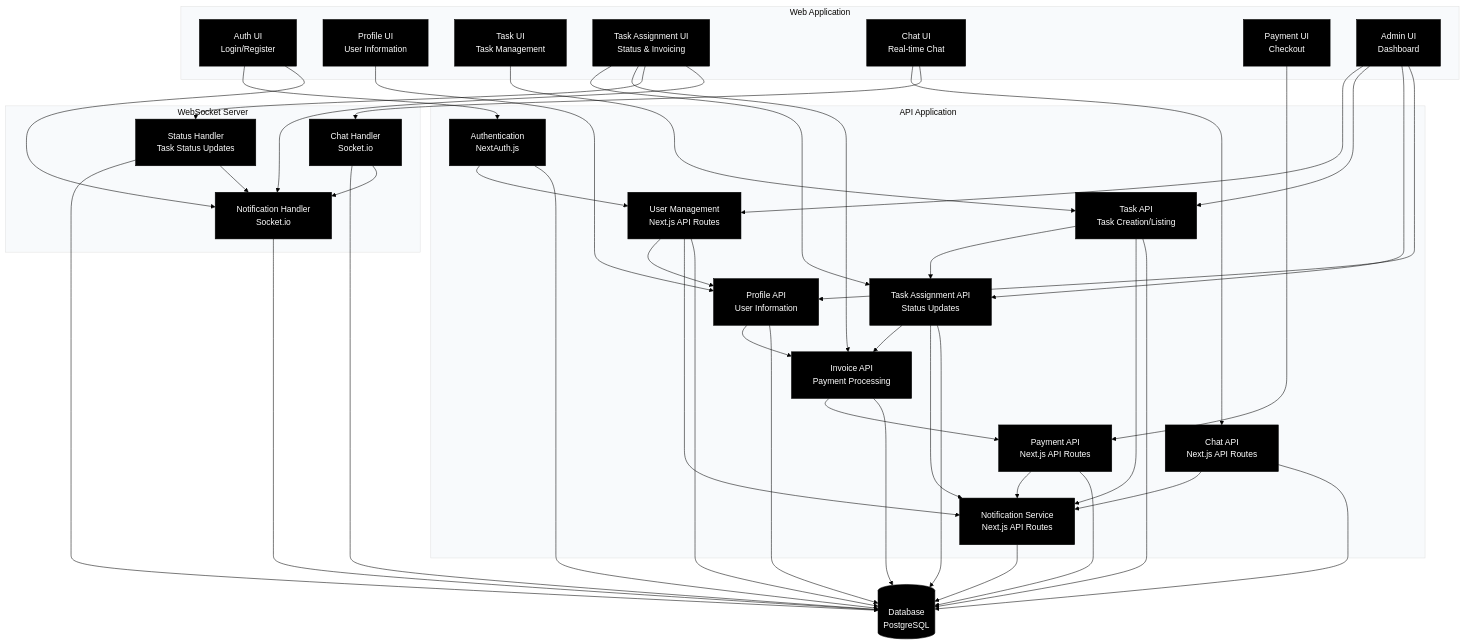
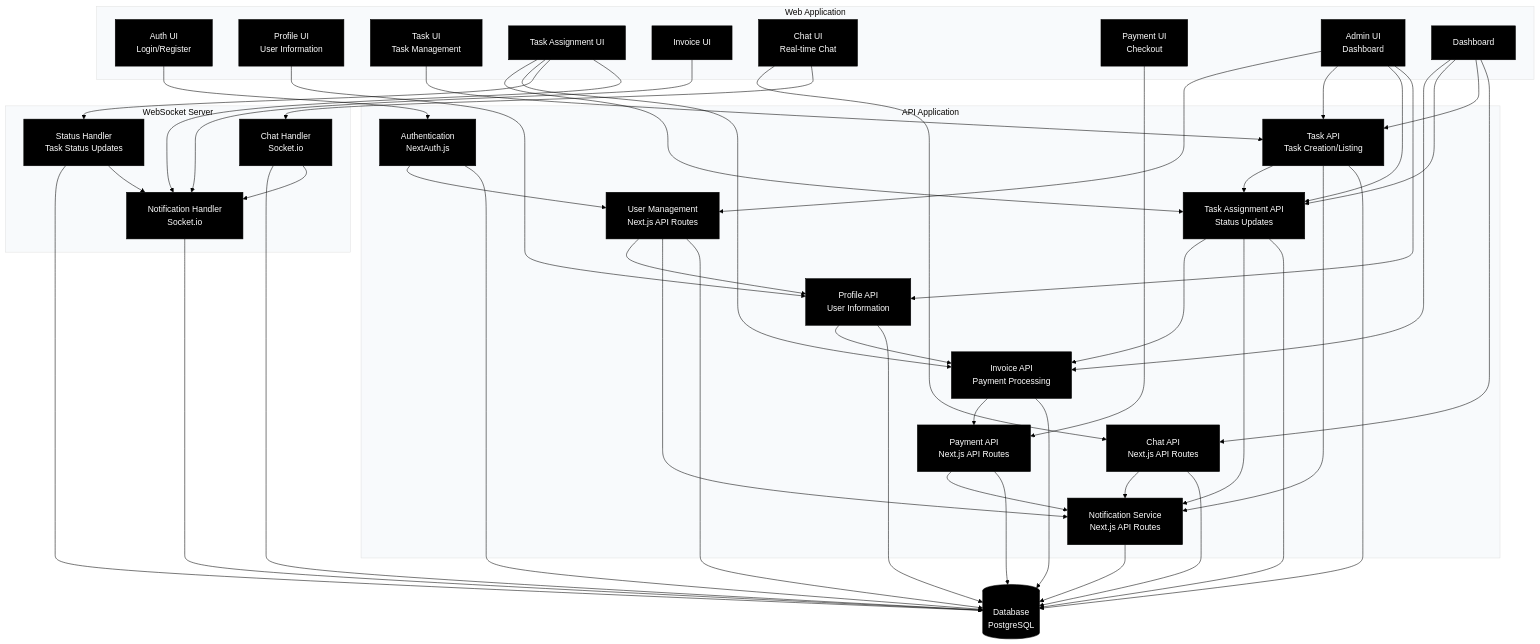
One commit to MarijaRomanenkova/neigh changed the third of 4 diagrams in documentation/architecture/c4-model.md. Above: the diagram before and after it, drawn with Mermaid. The commit also changed other lines of this file and 1 other file, not shown here.

```diff
--- a/documentation/architecture/c4-model.md
+++ b/documentation/architecture/c4-model.md
@@ -70,10 +68,12 @@
         auth_ui[Auth UI<br/>Login/Register]
         profile_ui[Profile UI<br/>User Information]
         task_ui[Task UI<br/>Task Management]
-        task_assignment_ui[Task Assignment UI<br/>Status & Invoicing]
+        task_assignment_ui[Task Assignment UI]
+        invoice_ui[Invoice UI]
         chat_ui[Chat UI<br/>Real-time Chat]
         payment_ui[Payment UI<br/>Checkout]
         admin_ui[Admin UI<br/>Dashboard]
+        user_ui[Dashboard]
     end
 
     subgraph API[API Application]
@@ -108,12 +108,17 @@
     admin_ui --> task_api
     admin_ui --> task_assignment_api
     admin_ui --> profile_api
+    user_ui -->  invoice_api
+    user_ui -->  task_assignment_api
+    user_ui -->  task_api
+    user_ui -->  chat_api
+
 
     %% Web App to WebSocket connections
     chat_ui --> chat_handler
     task_assignment_ui --> status_handler
-    auth_ui --> notification_handler
     task_assignment_ui --> notification_handler
+    invoice_ui --> notification_handler
 
     %% API Component interactions
     auth --> user_management
```
